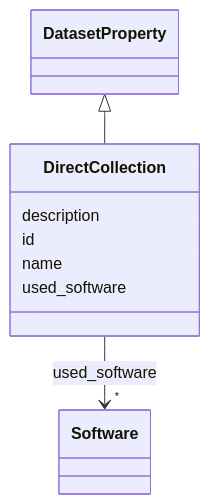
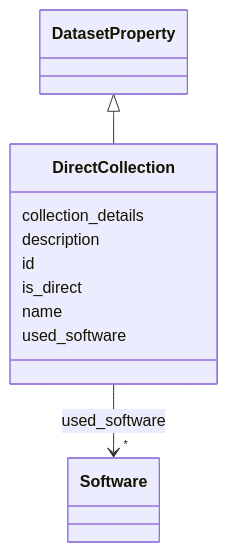
One commit to bridge2ai/data-sheets-schema changed the diagram in docs/DirectCollection.md. Above: the diagram before and after it, drawn with Mermaid. The commit also changed other lines of this file and 682 other files, not shown here.

````diff
--- a/docs/DirectCollection.md
+++ b/docs/DirectCollection.md
@@ -20,26 +20,30 @@
 ```mermaid
  classDiagram
     class DirectCollection
     click DirectCollection href "../DirectCollection/"
       DatasetProperty <|-- DirectCollection
         click DatasetProperty href "../DatasetProperty/"
       
+      DirectCollection : collection_details
+        
       DirectCollection : description
         
       DirectCollection : id
+        
+      DirectCollection : is_direct
         
       DirectCollection : name
         
       DirectCollection : used_software
         
           
     
         
         
         DirectCollection --> "*" Software : used_software
         click Software href "../Software/"
     
 
         
       
 ```
````
